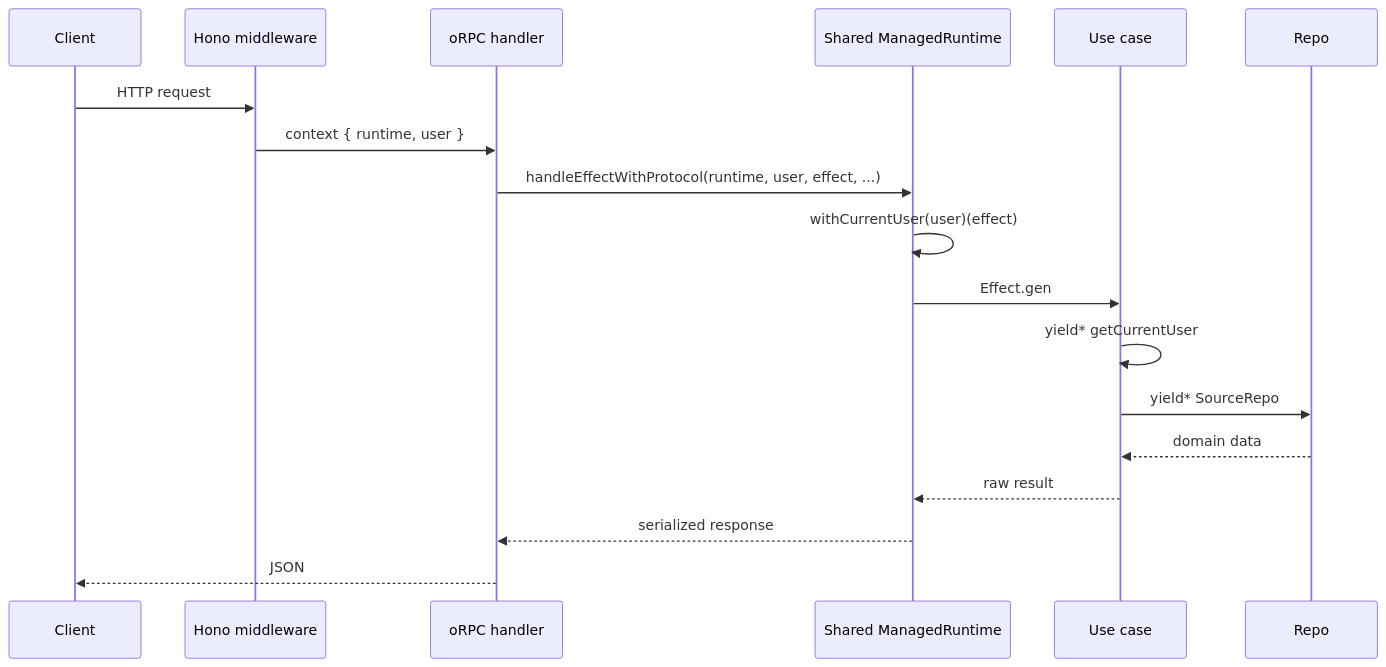
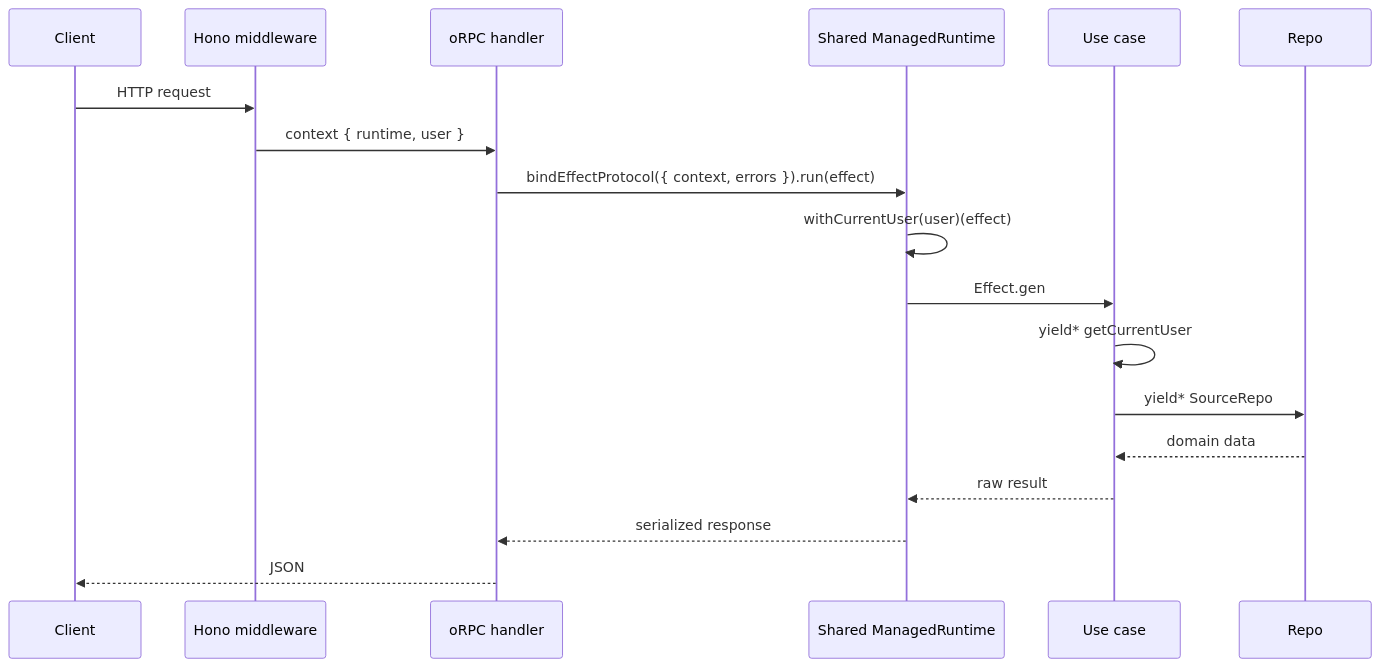
One commit to brandonbryant12/content-studio changed the diagram in docs/patterns/effect-runtime.md. Above: the diagram before and after it, drawn with Mermaid. The commit also changed other lines of this file and 70 other files, not shown here.

````diff
--- a/docs/patterns/effect-runtime.md
+++ b/docs/patterns/effect-runtime.md
@@ -3,21 +3,21 @@
 ```mermaid
 sequenceDiagram
   participant Client
   participant Hono as Hono middleware
   participant Handler as oRPC handler
   participant RT as Shared ManagedRuntime
   participant UC as Use case
   participant Repo
 
   Client->>Hono: HTTP request
   Hono->>Handler: context { runtime, user }
-  Handler->>RT: handleEffectWithProtocol(runtime, user, effect, ...)
+  Handler->>RT: bindEffectProtocol({ context, errors }).run(effect)
   RT->>RT: withCurrentUser(user)(effect)
   RT->>UC: Effect.gen
   UC->>UC: yield* getCurrentUser
   UC->>Repo: yield* SourceRepo
   Repo-->>UC: domain data
   UC-->>RT: raw result
   RT-->>Handler: serialized response
   Handler-->>Client: JSON
 ```
````
